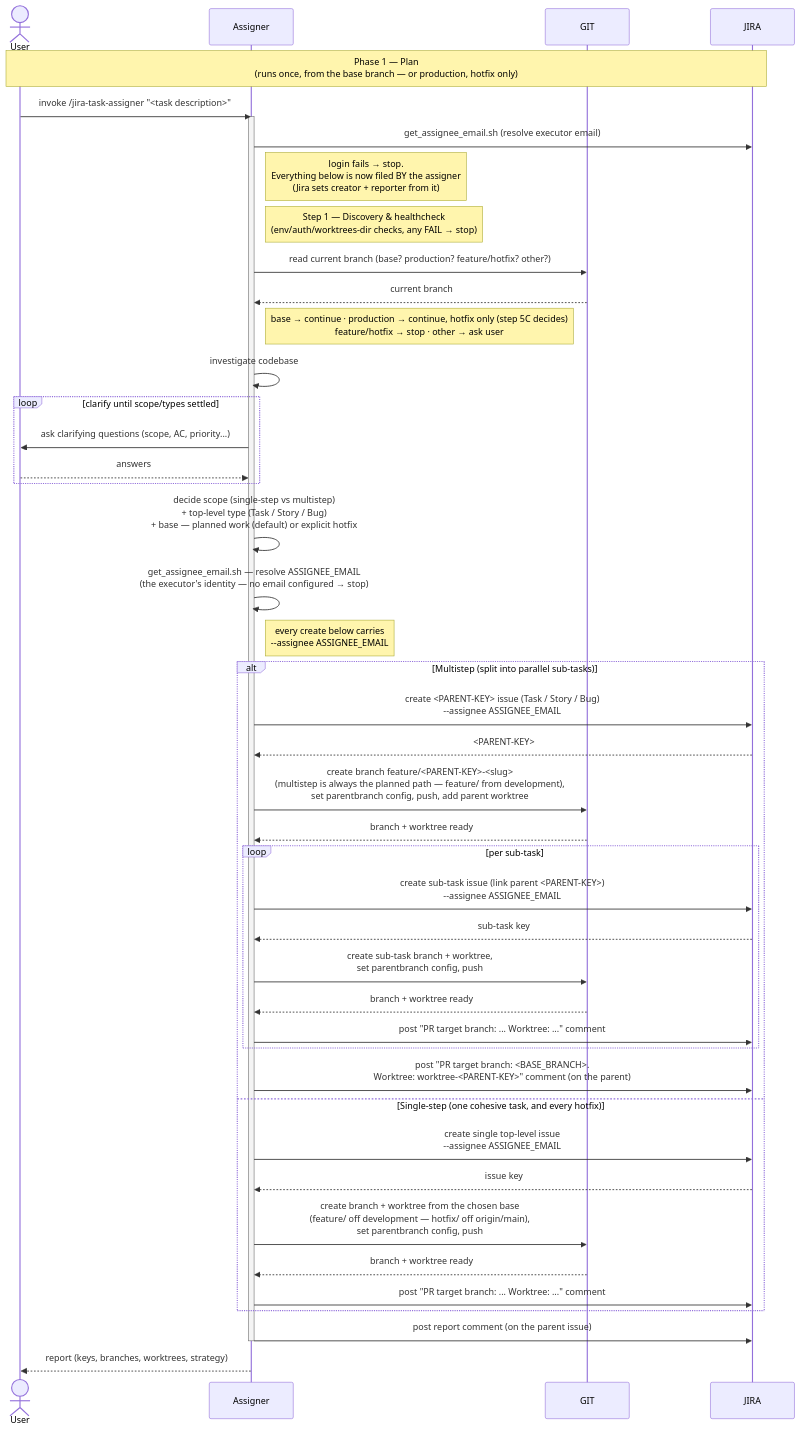
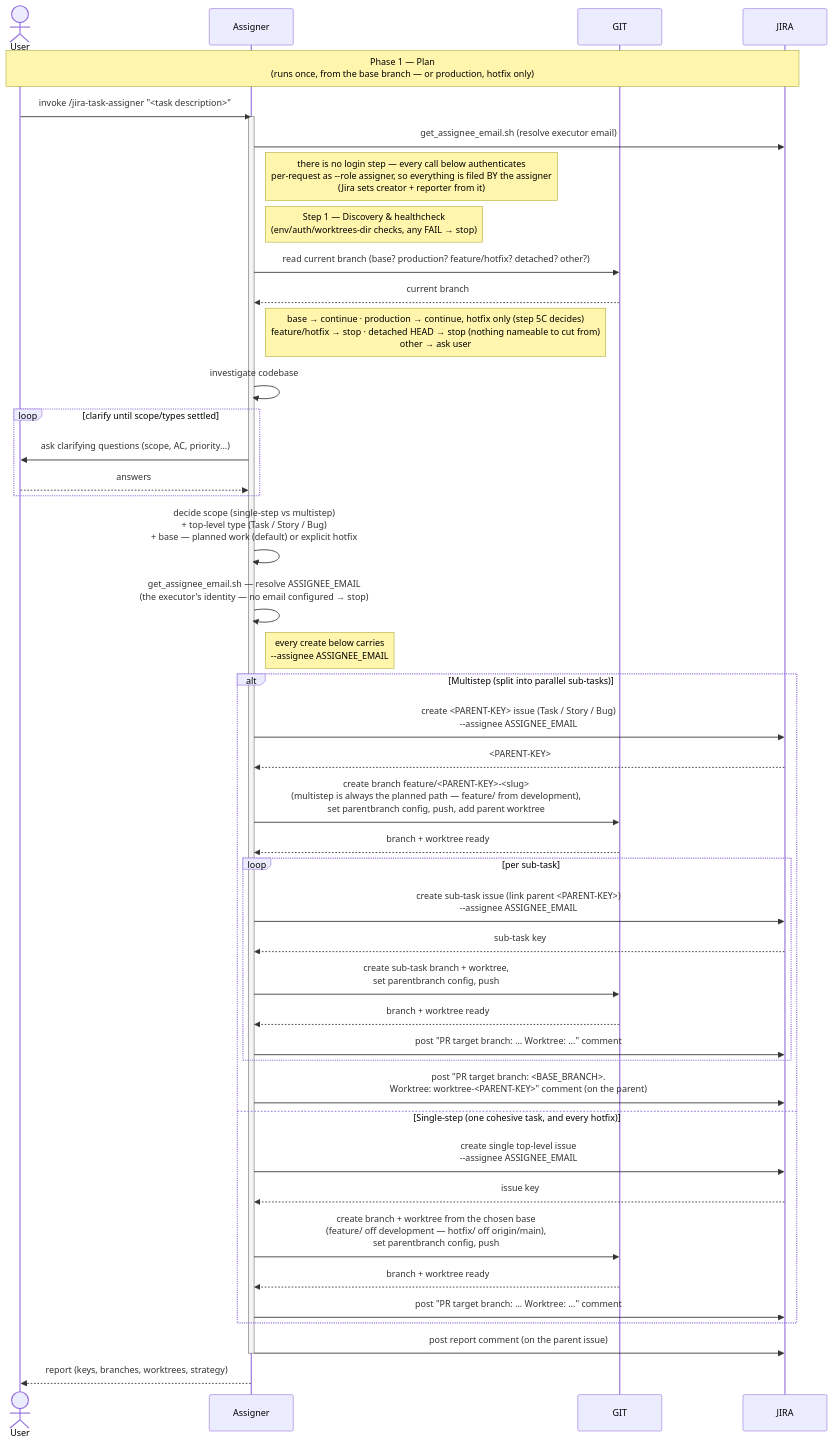
Before and after one commit to kantorv/jira-sdlc-tools: the diagram in docs/task-lifecycle/TASK-LIFECYCLE-PHASE-1.md, drawn with Mermaid. The commit also changed other lines of this file and 7 other files, not shown here.

````diff
--- a/docs/task-lifecycle/TASK-LIFECYCLE-PHASE-1.md
+++ b/docs/task-lifecycle/TASK-LIFECYCLE-PHASE-1.md
@@ -32,54 +33,54 @@
 ```mermaid
 sequenceDiagram
     actor User
     participant Assigner
     participant GIT
     participant JIRA
 
     Note over User,JIRA: Phase 1 — Plan<br/>(runs once, from the base branch — or production, hotfix only)
     User->>Assigner: invoke /jira-task-assigner "<task description>"
 
     activate Assigner
     Assigner->>JIRA: get_assignee_email.sh (resolve executor email)
-    Note right of Assigner: login fails → stop.<br/>Everything below is now filed BY the assigner<br/>(Jira sets creator + reporter from it)
+    Note right of Assigner: there is no login step — every call below authenticates<br/>per-request as --role assigner, so everything is filed BY the assigner<br/>(Jira sets creator + reporter from it)
     Note right of Assigner: Step 1 — Discovery & healthcheck<br/>(env/auth/worktrees-dir checks, any FAIL → stop)
-    Assigner->>GIT: read current branch (base? production? feature/hotfix? other?)
+    Assigner->>GIT: read current branch (base? production? feature/hotfix? detached? other?)
     GIT-->>Assigner: current branch
-    Note right of Assigner: base → continue · production → continue, hotfix only (step 5C decides)<br/>feature/hotfix → stop · other → ask user
+    Note right of Assigner: base → continue · production → continue, hotfix only (step 5C decides)<br/>feature/hotfix → stop · detached HEAD → stop (nothing nameable to cut from)<br/>other → ask user
     Assigner->>Assigner: investigate codebase
 
     loop clarify until scope/types settled
         Assigner->>User: ask clarifying questions (scope, AC, priority...)
         User-->>Assigner: answers
     end
 
     Assigner->>Assigner: decide scope (single-step vs multistep)<br/>+ top-level type (Task / Story / Bug)<br/>+ base — planned work (default) or explicit hotfix
 
     Assigner->>Assigner: get_assignee_email.sh — resolve ASSIGNEE_EMAIL<br/>(the executor's identity — no email configured → stop)
     Note right of Assigner: every create below carries<br/>--assignee ASSIGNEE_EMAIL
 
     alt Multistep (split into parallel sub-tasks)
         Assigner->>JIRA: create <PARENT-KEY> issue (Task / Story / Bug)<br/>--assignee ASSIGNEE_EMAIL
         JIRA-->>Assigner: <PARENT-KEY>
         Assigner->>GIT: create branch feature/<PARENT-KEY>-<slug><br/>(multistep is always the planned path — feature/ from development),<br/>set parentbranch config, push, add parent worktree
         GIT-->>Assigner: branch + worktree ready
         loop per sub-task
             Assigner->>JIRA: create sub-task issue (link parent <PARENT-KEY>)<br/>--assignee ASSIGNEE_EMAIL
             JIRA-->>Assigner: sub-task key
             Assigner->>GIT: create sub-task branch + worktree,<br/>set parentbranch config, push
             GIT-->>Assigner: branch + worktree ready
             Assigner->>JIRA: post "PR target branch: ... Worktree: ..." comment
         end
         Assigner->>JIRA: post "PR target branch: <BASE_BRANCH>.<br/>Worktree: worktree-<PARENT-KEY>" comment (on the parent)
     else Single-step (one cohesive task, and every hotfix)
         Assigner->>JIRA: create single top-level issue<br/>--assignee ASSIGNEE_EMAIL
         JIRA-->>Assigner: issue key
         Assigner->>GIT: create branch + worktree from the chosen base<br/>(feature/ off development — hotfix/ off origin/main),<br/>set parentbranch config, push
         GIT-->>Assigner: branch + worktree ready
         Assigner->>JIRA: post "PR target branch: ... Worktree: ..." comment
     end
     Assigner->>JIRA: post report comment (on the parent issue)
     deactivate Assigner
 
     Assigner-->>User: report (keys, branches, worktrees, strategy)
 ```
````
